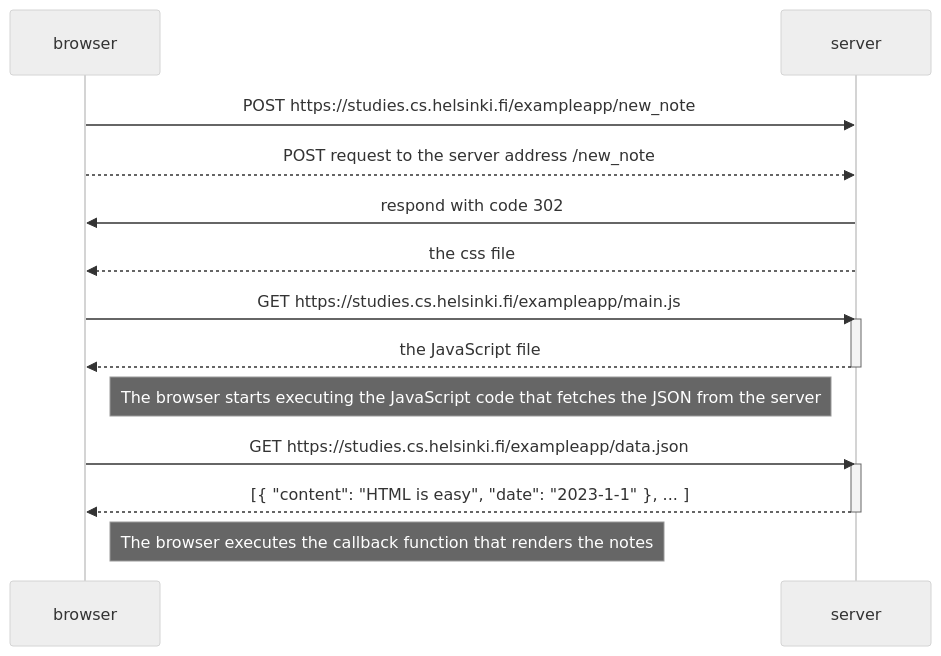
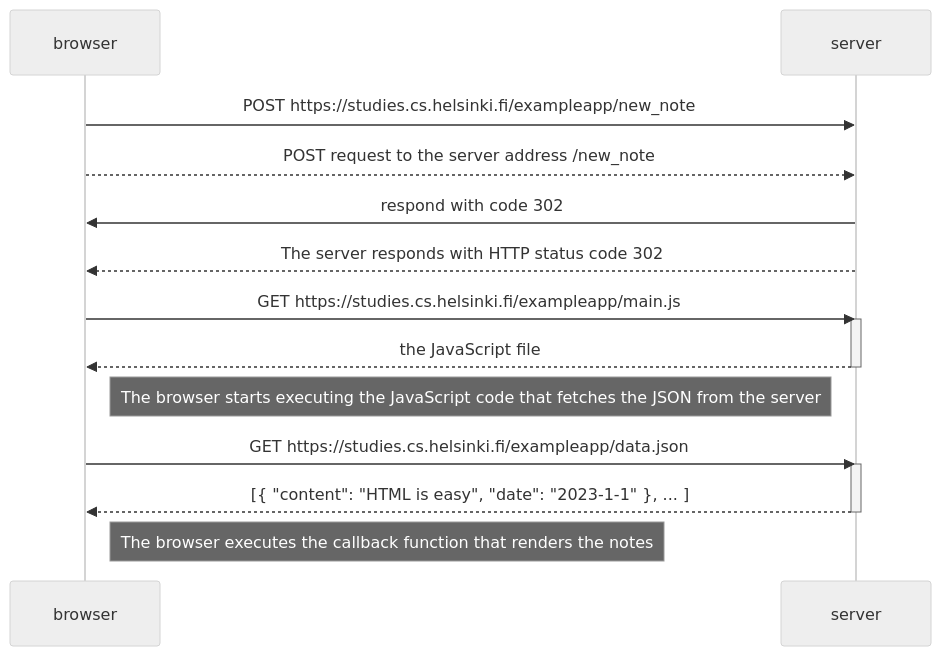
One commit to Rizz071/Fullstackopen changed the diagram in part0/0.4 New note diagram.md. Above: the diagram before and after it, drawn with Mermaid (neutral theme).

Commit message:
Update 0.4 New note diagram.md

````diff
--- a/part0/0.4 New note diagram.md
+++ b/part0/0.4 New note diagram.md
@@ -1,26 +1,26 @@
 ```mermaid
 sequenceDiagram
     participant browser
     participant server
 
     browser->>server: POST https://studies.cs.helsinki.fi/exampleapp/new_note
     browser-->>server: POST request to the server address /new_note
 
     server->>browser: respond with code 302
-    server-->>browser: the css file
+    server-->>browser: The server responds with HTTP status code 302
    
 
     browser->>server: GET https://studies.cs.helsinki.fi/exampleapp/main.js
     activate server
     server-->>browser: the JavaScript file
     deactivate server
 
     Note right of browser: The browser starts executing the JavaScript code that fetches the JSON from the server
 
     browser->>server: GET https://studies.cs.helsinki.fi/exampleapp/data.json
     activate server
     server-->>browser: [{ "content": "HTML is easy", "date": "2023-1-1" }, ... ]
     deactivate server
 
     Note right of browser: The browser executes the callback function that renders the notes
 ```
````
